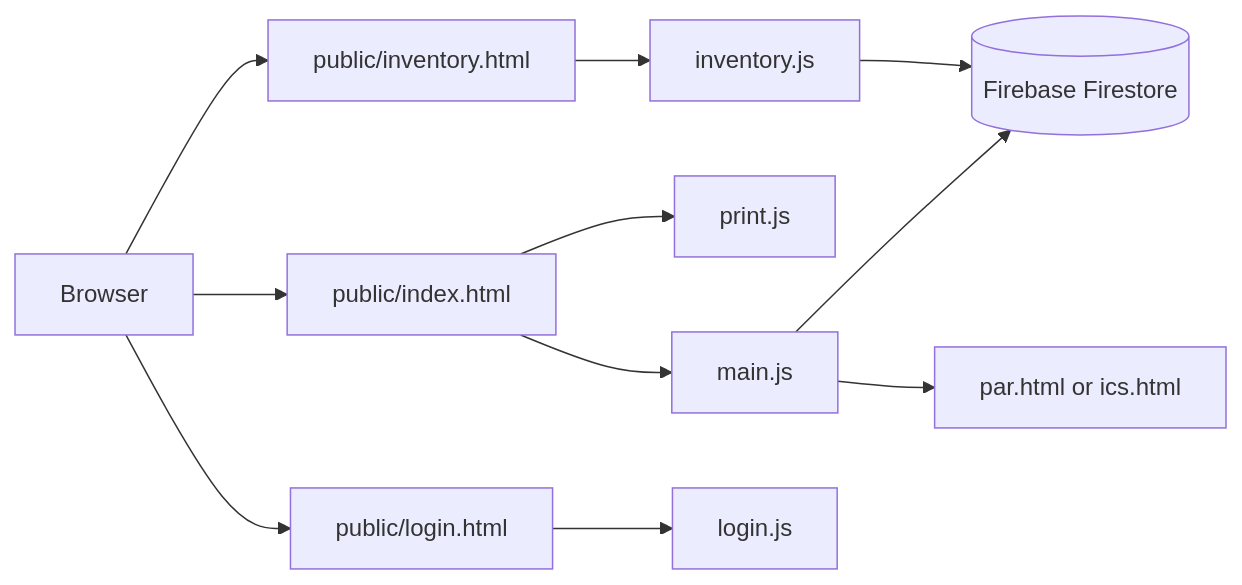
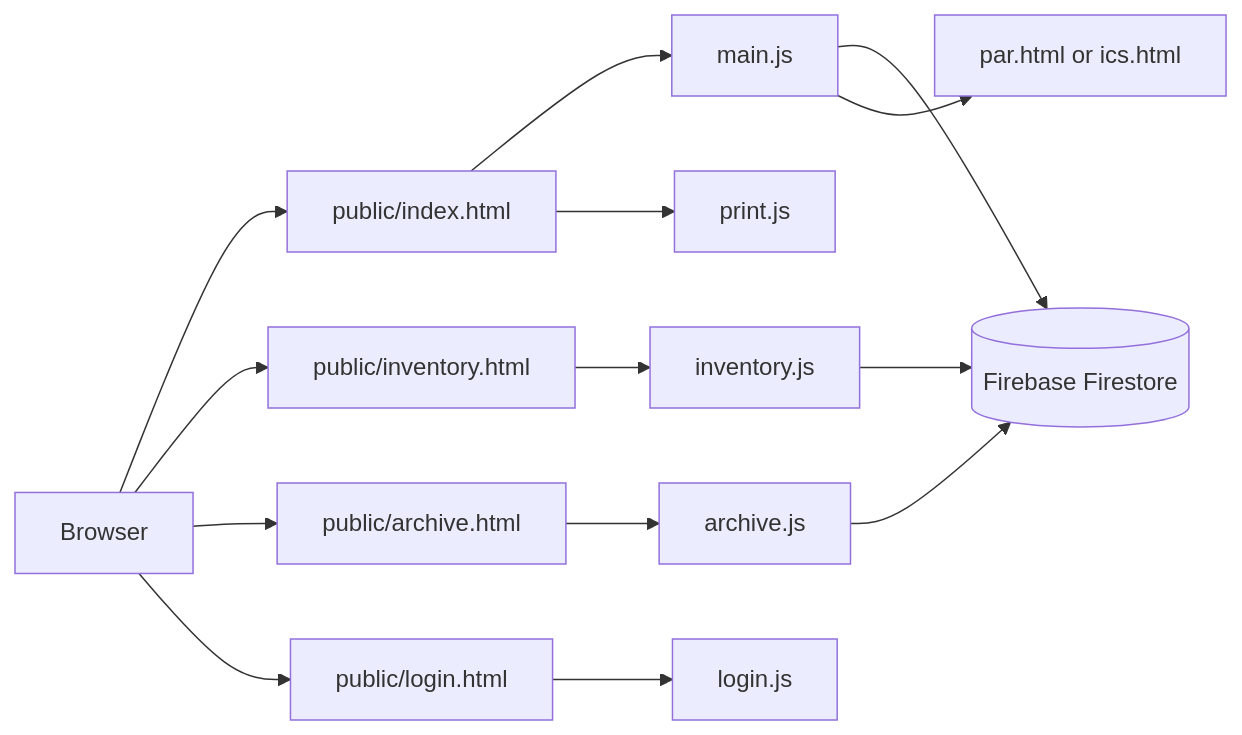
Before and after one commit to Lanceyzxc/Property-Card: the diagram in docs/DEVELOPER-GUIDE.md, drawn with Mermaid. The commit also changed other lines of this file and 13 other files, not shown here.

````diff
--- a/docs/DEVELOPER-GUIDE.md
+++ b/docs/DEVELOPER-GUIDE.md
@@ -21,13 +22,16 @@
 ```mermaid
 flowchart LR
     A[Browser] --> B[public/index.html]
     A --> C[public/inventory.html]
+    A --> K[public/archive.html]
     A --> I[public/login.html]
     B --> D[main.js]
     B --> E[print.js]
     C --> F[inventory.js]
+    K --> L[archive.js]
     I --> J[login.js]
     D --> G[(Firebase Firestore)]
     F --> G
+    L --> G
     D --> H[par.html or ics.html]
 ```
````
